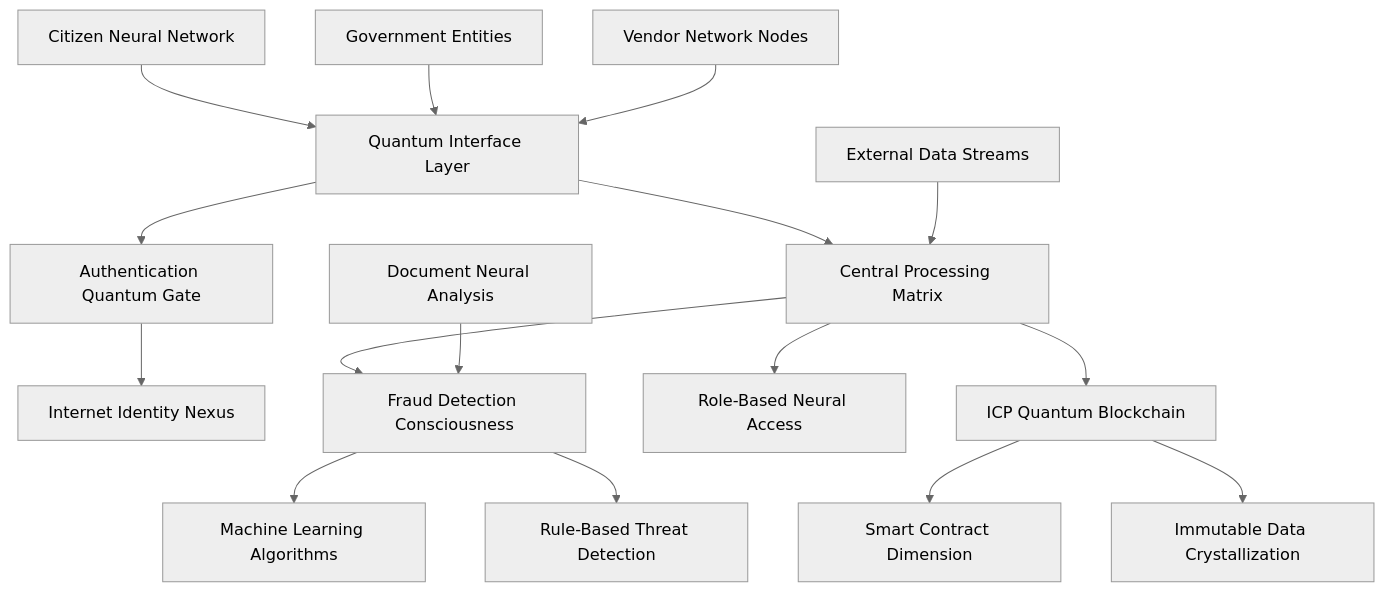
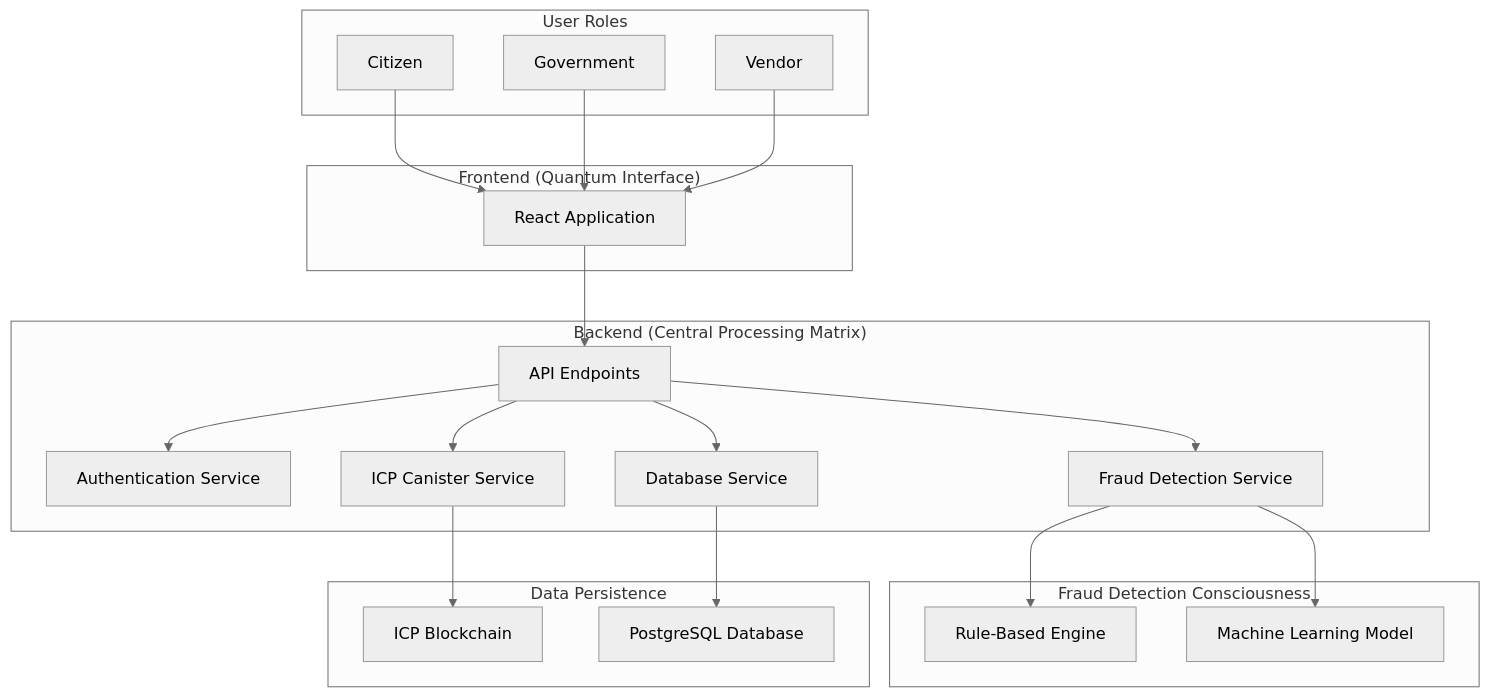
One commit to nikhlu07/H.E.L.I.X changed the diagram in README.md. Above: the diagram before and after it, drawn with Mermaid (neutral theme).

Commit message:
Readme Update

````diff
--- a/README.md
+++ b/README.md
@@ -79,23 +79,47 @@
 ```mermaid
-graph TB
-    A[Citizen Neural Network] --> B[Quantum Interface Layer]
-    C[Government Entities] --> B
-    D[Vendor Network Nodes] --> B
-    
-    B --> E[Authentication Quantum Gate]
-    E --> F[Internet Identity Nexus]
-    
-    B --> G[Central Processing Matrix]
-    G --> H[Fraud Detection Consciousness]
-    G --> I[Role-Based Neural Access]
-    
-    H --> J[Machine Learning Algorithms]
-    H --> K[Rule-Based Threat Detection]
-    
-    G --> L[ICP Quantum Blockchain]
-    L --> M[Smart Contract Dimension]
-    L --> N[Immutable Data Crystallization]
-    
-    O[External Data Streams] --> G
-    P[Document Neural Analysis] --> H
+graph TD
+    subgraph "User Roles"
+        A[Citizen]
+        B[Government]
+        C[Vendor]
+    end
+
+    subgraph "Frontend (Quantum Interface)"
+        D[React Application]
+    end
+
+    subgraph "Backend (Central Processing Matrix)"
+        E[API Endpoints]
+        F[Authentication Service]
+        G[Fraud Detection Service]
+        H[ICP Canister Service]
+        I[Database Service]
+    end
+
+    subgraph "Fraud Detection Consciousness"
+        J[Rule-Based Engine]
+        K[Machine Learning Model]
+    end
+
+    subgraph "Data Persistence"
+        L[ICP Blockchain]
+        M[PostgreSQL Database]
+    end
+
+    A --> D
+    B --> D
+    C --> D
+
+    D --> E
+
+    E --> F
+    E --> G
+    E --> H
+    E --> I
+
+    G --> J
+    G --> K
+
+    H --> L
+    I --> M
 ```
````
